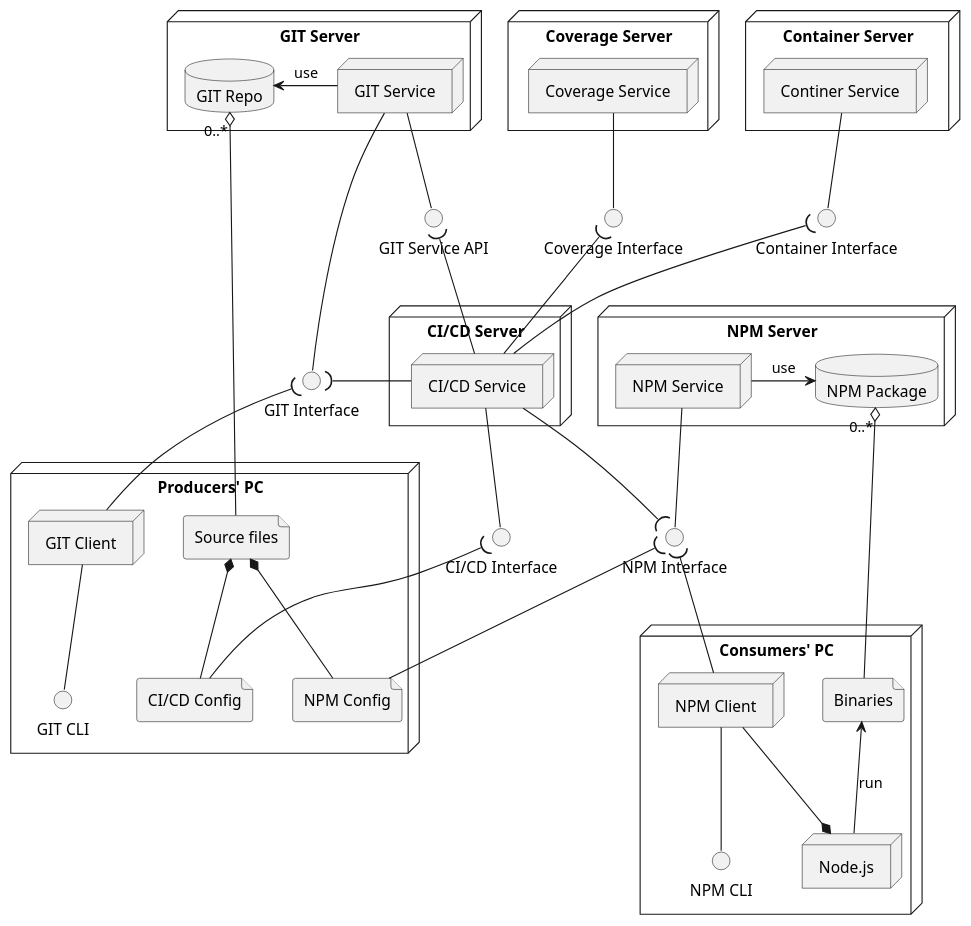
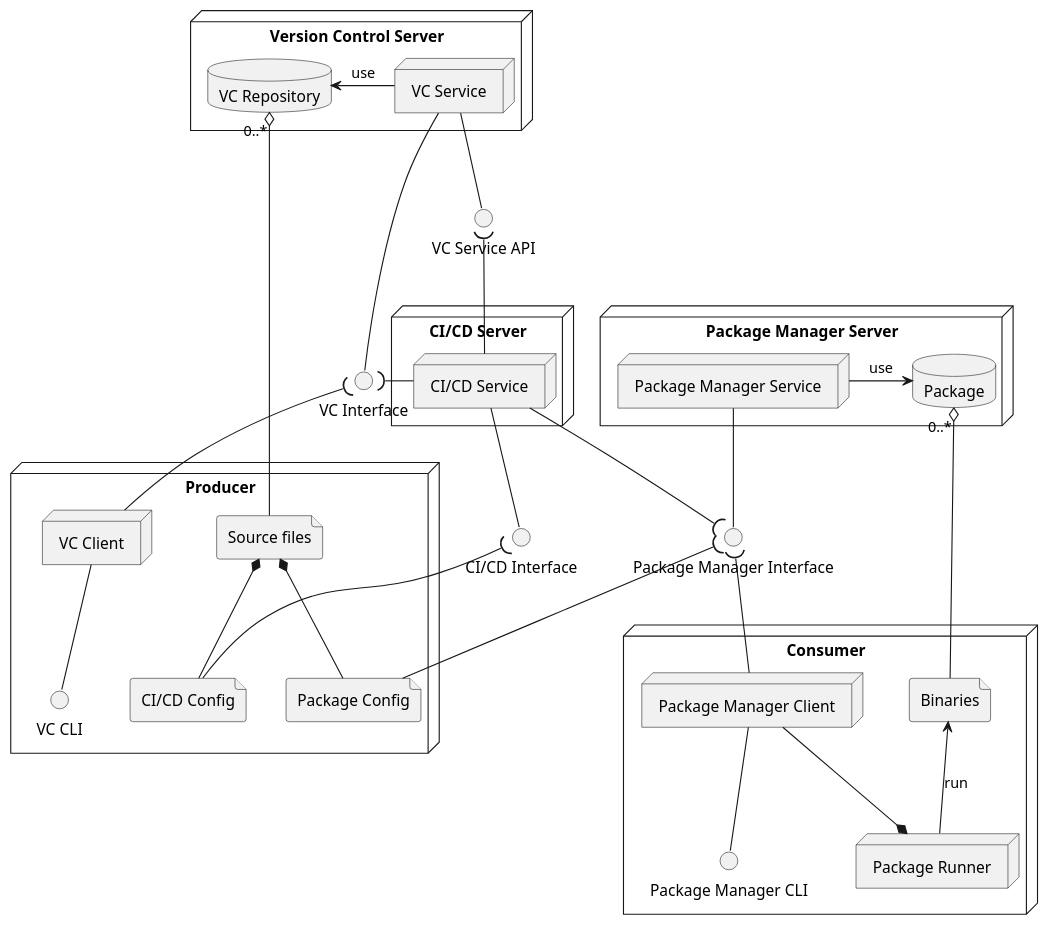
Before and after one commit to imazzine/design: the second of 3 diagrams in uml/cli.puml, drawn with PlantUML. The commit also changed other lines of this file and 6 other files, not shown here.

```diff
--- a/uml/cli.puml
+++ b/uml/cli.puml
@@ -19,78 +17,59 @@
-@startuml processes
+@startuml anonymous_boxes
     
-    node "GIT Server" as GITServer {
-        database "GIT Repo" as GITRepo
-        node "GIT Service" as GITService
-        GITRepo <- GITService: use
+    node "Version Control Server" as VCServer {
+        database "VC Repository" as VCRepo
+        node "VC Service" as VCService
+        VCRepo <- VCService: use
     }
-    interface "GIT Service API" as GITServiceAPI
-    interface "GIT Interface" as GITInterface
-    GITService -- GITServiceAPI
-    GITService -- GITInterface
+    interface "VC Service API" as VCServiceAPI
+    interface "VC Interface" as VCInterface
+    VCService -- VCServiceAPI
+    VCService -- VCInterface
     
-    node "NPM Server" as NPMServer {
-        node "NPM Service" as NPMService
-        database "NPM Package" as NPMPackage
-        NPMService -> NPMPackage: use
+    node "Package Manager Server" as PackageServer {
+        node "Package Manager Service" as PackageService
+        database "Package" as PackagePackage
+        PackageService -> PackagePackage: use
     }
-    interface "NPM Interface" as NPMInterface
-    NPMService -- NPMInterface
+    interface "Package Manager Interface" as PackageInterface
+    PackageService -- PackageInterface
 
     node "CI/CD Server" as CICDServer {
         node "CI/CD Service" as CICDService
     }
     interface "CI/CD Interface" as CICDInterface
     CICDService -- CICDInterface
-    GITServiceAPI )-- CICDService
-    GITInterface )- CICDService
-    CICDService --( NPMInterface
-
-    node "Container Server" as ContainerServer {
-        node "Continer Service" as ContainerService
-    }
-    interface "Container Interface" as ContainerInterface
-    ContainerService -- ContainerInterface
-    ContainerInterface )-- CICDService
+    VCServiceAPI )-- CICDService
+    VCInterface )- CICDService
+    CICDService --( PackageInterface
     
-    node "Coverage Server" as CoverageServer {
-        node "Coverage Service" as CoverageService
-    }
-    interface "Coverage Interface" as CoverageInterface
-    CoverageService -- CoverageInterface
-    CoverageInterface )-- CICDService
-    
-    node "Producers' PC" as ProducerPC {
-        node "GIT Client" as GITClient
-        interface "GIT CLI" as GIT_CLI
-        GITClient -- GIT_CLI
-
-        ' node "NPM Client" as NPMClientP
-        ' interface "NPM CLI" as NPM_CLI_P
-        ' NPMInterface -- NPMClientP 
-        ' NPMClientP -- NPM_CLI_P
+    node "Producer" as Producer {
+        node "VC Client" as VCClient
+        interface "VC CLI" as VC_CLI
+        VCClient -- VC_CLI
 
         file "Source files" as Sources
         file "CI/CD Config" as CICDConf
-        file "NPM Config" as NPMConfig
-        GITRepo "0..*" o-- Sources
+        file "Package Config" as PackageConfig
+        VCRepo "0..*" o-- Sources
         Sources *-- CICDConf
-        Sources *-- NPMConfig
-        GITInterface )-- GITClient
+        Sources *-- PackageConfig
+        VCInterface )-- VCClient
         CICDInterface )-- CICDConf
-        NPMInterface )-- NPMConfig
+        PackageInterface )-- PackageConfig
     }
 
-    node "Consumers' PC" as ConsumerPC {
-        node "NPM Client" as NPMClientC
-        interface "NPM CLI" as NPM_CLI_C
-        NPMInterface )-- NPMClientC
-        NPMClientC -- NPM_CLI_C
+    node "Consumer" as Consumer {
+        node "Package Manager Client" as PackageClientC
+        interface "Package Manager CLI" as Package_CLI_C
+        PackageInterface )-- PackageClientC
+        PackageClientC -- Package_CLI_C
 
-        node "Node.js" as NodeJS
-        NPMClientC --* NodeJS
+        node "Package Runner" as PackageRunner
+        PackageClientC --* PackageRunner
 
         file "Binaries" as Binaries
-        NPMPackage "0..*" o-- Binaries
-        Binaries <-- NodeJS: run
+        PackagePackage "0..*" o-- Binaries
+        Binaries <-- PackageRunner: run
     }
 @enduml
```
